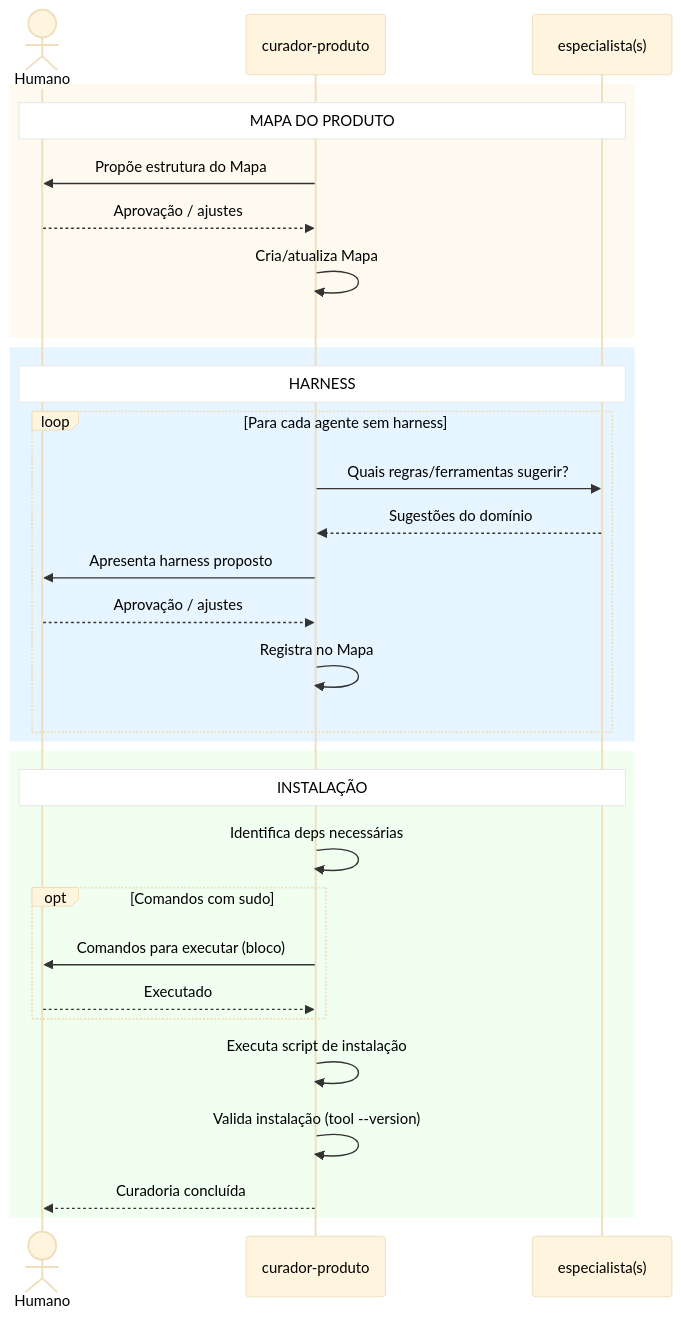
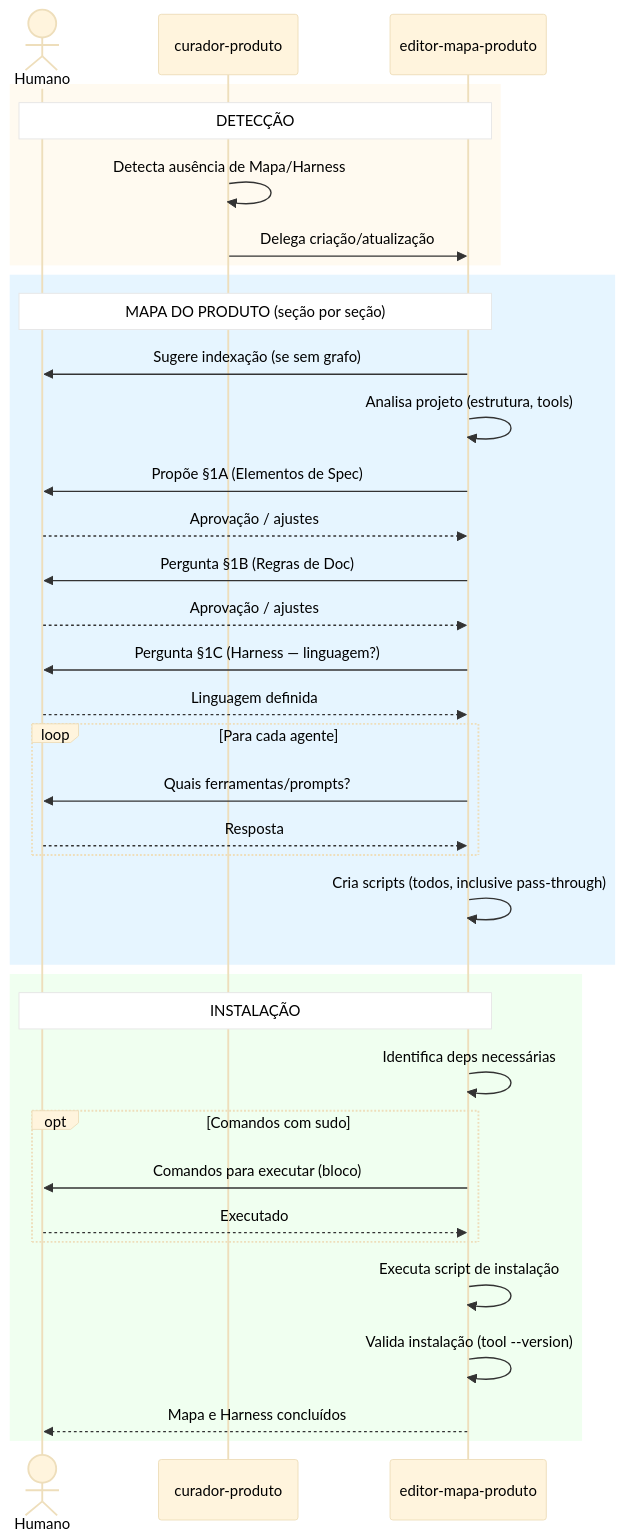
One commit to vitormcruz/opencode-global-config changed the diagram in docs/workflow-curadoria.md. Above: the diagram before and after it, drawn with Mermaid. The commit also changed other lines of this file and 13 other files, not shown here.

First line of the commit message:
refactor: separar edição do Mapa em editor-mapa-produto

````diff
--- a/docs/workflow-curadoria.md
+++ b/docs/workflow-curadoria.md
@@ -165,45 +258,50 @@
 ```mermaid
 %%{init: {'theme': 'base', 'themeVariables': {
     'actorTextColor': '#000000',
     'signalTextColor': '#000000',
     'labelTextColor': '#000000',
     'noteBkgColor': '#ffffff',
     'noteTextColor': '#000000',
     'activationBorderColor': '#666666',
     'sequenceNumberColor': '#000000'
 }}}%%
 sequenceDiagram
     actor Humano
     participant cur as curador-produto
-    participant esp as especialista(s)
+    participant edit as editor-mapa-produto
 
     rect rgb(255, 250, 240)
-    Note over Humano, esp: MAPA DO PRODUTO
-    cur ->> Humano: Propõe estrutura do Mapa
-    Humano -->> cur: Aprovação / ajustes
-    cur ->> cur: Cria/atualiza Mapa
+    Note over Humano, edit: DETECÇÃO
+    cur ->> cur: Detecta ausência de Mapa/Harness
+    cur ->> edit: Delega criação/atualização
     end
 
     rect rgb(230, 245, 255)
-    Note over Humano, esp: HARNESS
-    loop Para cada agente sem harness
-        cur ->> esp: Quais regras/ferramentas sugerir?
-        esp -->> cur: Sugestões do domínio
-        cur ->> Humano: Apresenta harness proposto
-        Humano -->> cur: Aprovação / ajustes
-        cur ->> cur: Registra no Mapa
+    Note over Humano, edit: MAPA DO PRODUTO (seção por seção)
+    edit ->> Humano: Sugere indexação (se sem grafo)
+    edit ->> edit: Analisa projeto (estrutura, tools)
+    edit ->> Humano: Propõe §1A (Elementos de Spec)
+    Humano -->> edit: Aprovação / ajustes
+    edit ->> Humano: Pergunta §1B (Regras de Doc)
+    Humano -->> edit: Aprovação / ajustes
+    edit ->> Humano: Pergunta §1C (Harness — linguagem?)
+    Humano -->> edit: Linguagem definida
+    loop Para cada agente
+        edit ->> Humano: Quais ferramentas/prompts?
+        Humano -->> edit: Resposta
     end
+    edit ->> edit: Cria scripts (todos, inclusive pass-through)
     end
 
     rect rgb(240, 255, 240)
-    Note over Humano, esp: INSTALAÇÃO
-    cur ->> cur: Identifica deps necessárias
+    Note over Humano, edit: INSTALAÇÃO
+    edit ->> edit: Identifica deps necessárias
     opt Comandos com sudo
-        cur ->> Humano: Comandos para executar (bloco)
-        Humano -->> cur: Executado
+        edit ->> Humano: Comandos para executar (bloco)
+        Humano -->> edit: Executado
     end
-    cur ->> cur: Executa script de instalação
-    cur ->> cur: Valida instalação (tool --version)
-    cur -->> Humano: Curadoria concluída
+    edit ->> edit: Executa script de instalação
+    edit ->> edit: Valida instalação (tool --version)
+    edit -->> Humano: Mapa e Harness concluídos
     end
 ```
````
